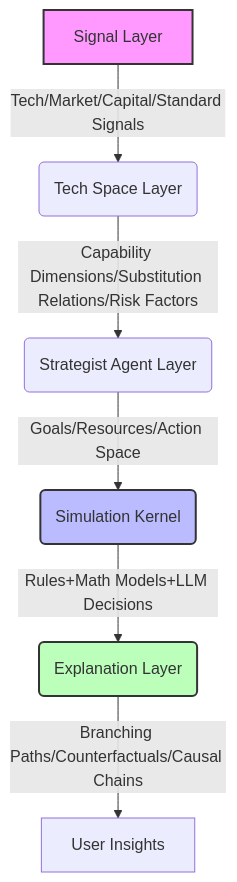
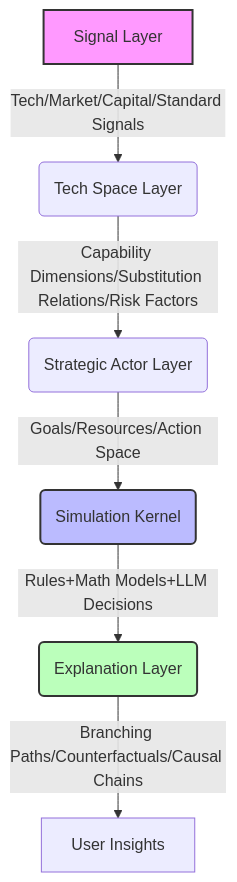
Before and after one commit to StrategyLogic/omen: the diagram in README.md, drawn with Mermaid. The commit also changed other lines of this file and 7 other files, not shown here.

````diff
--- a/README.md
+++ b/README.md
@@ -75,12 +75,12 @@
 ```mermaid
 graph TD
     A[Signal Layer] -->|Tech/Market/Capital/Standard Signals | B(Tech Space Layer)
-    B -->|Capability Dimensions/Substitution Relations/Risk Factors | C(Strategist Agent Layer)
+    B -->|Capability Dimensions/Substitution Relations/Risk Factors | C(Strategic Actor Layer)
     C -->|Goals/Resources/Action Space | D(Simulation Kernel)
     D -->|Rules+Math Models+LLM Decisions | E(Explanation Layer)
     E -->|Branching Paths/Counterfactuals/Causal Chains | F[User Insights]
     
     style A fill:#f9f,stroke:#333,stroke-width:2px
     style D fill:#bbf,stroke:#333,stroke-width:2px
     style E fill:#bfb,stroke:#333,stroke-width:2px
 ```
````
